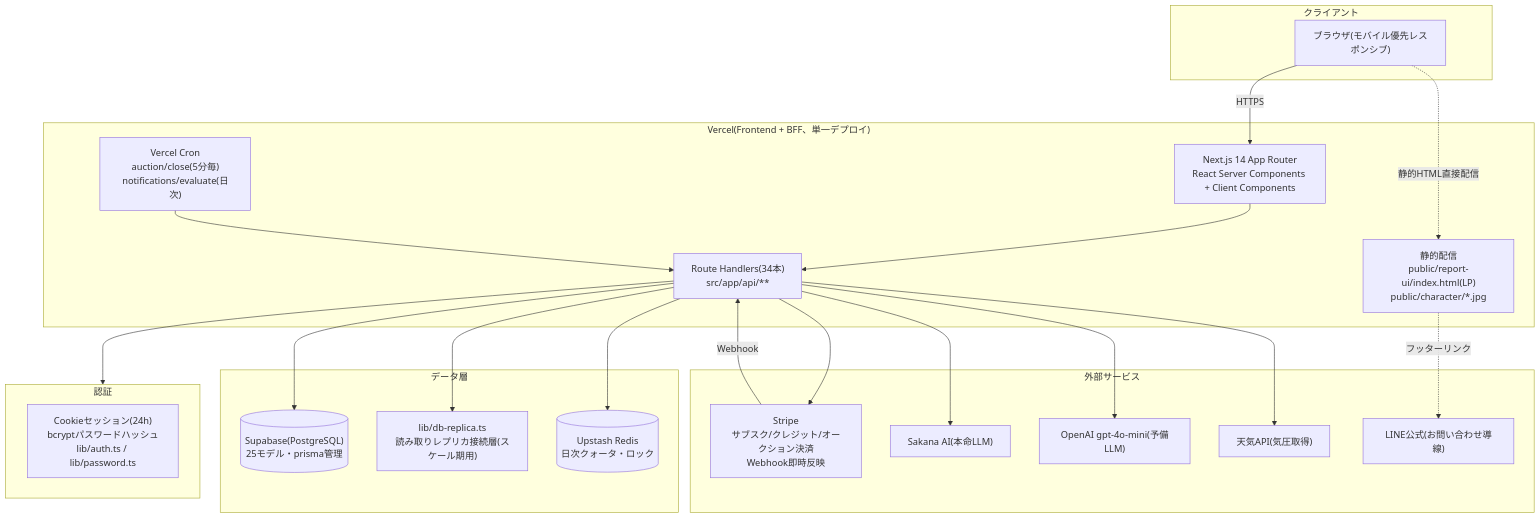
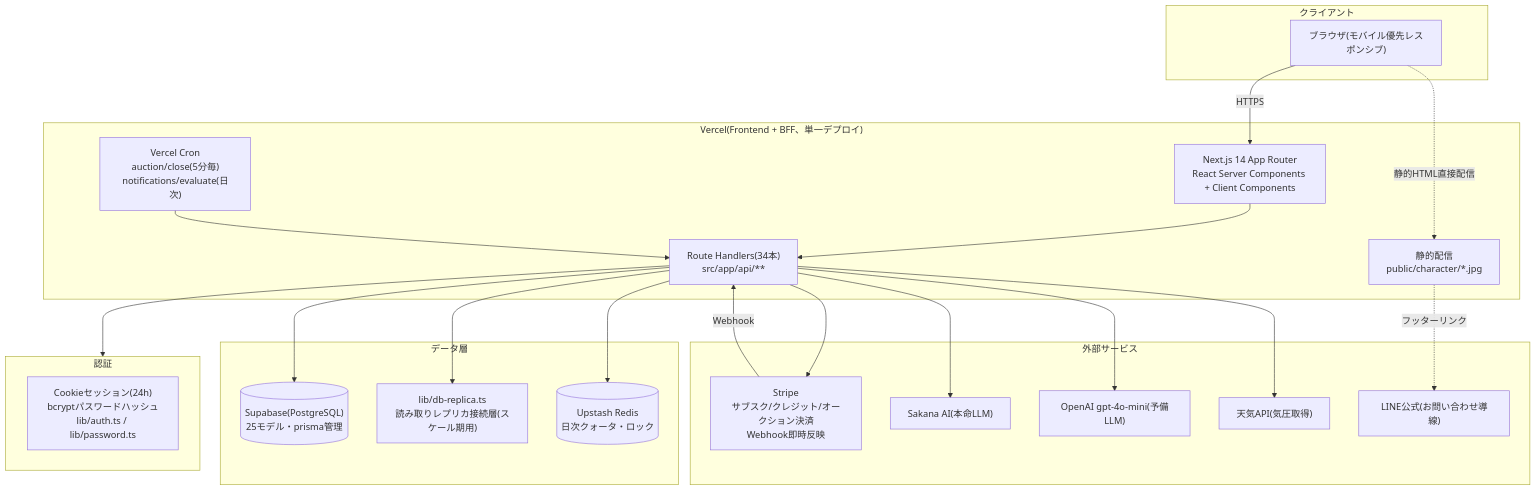
The fourth of 5 diagrams in docs/BLUEPRINT.md (samkaz15/fortune), drawn with Mermaid before and after one commit. The commit also changed other lines of this file and 11 other files, not shown here.

First line of the commit message:
LP(report-ui/index.html)と占い相談導線の完全廃止

````diff
--- a/docs/BLUEPRINT.md
+++ b/docs/BLUEPRINT.md
@@ -442,46 +435,46 @@
 ```mermaid
 flowchart TB
     subgraph Client["クライアント"]
         BROWSER["ブラウザ(モバイル優先レスポンシブ)"]
     end
 
     subgraph Vercel["Vercel(Frontend + BFF、単一デプロイ)"]
         NEXT["Next.js 14 App Router\nReact Server Components + Client Components"]
         API_ROUTES["Route Handlers(34本)\nsrc/app/api/**"]
-        STATIC["静的配信\npublic/report-ui/index.html(LP)\npublic/character/*.jpg"]
+        STATIC["静的配信\npublic/character/*.jpg"]
         CRON["Vercel Cron\nauction/close(5分毎)\nnotifications/evaluate(日次)"]
     end
 
     subgraph DataLayer["データ層"]
         SUPABASE[("Supabase(PostgreSQL)\n25モデル・prisma管理")]
         REPLICA["lib/db-replica.ts\n読み取りレプリカ接続層(スケール期用)"]
         REDIS[("Upstash Redis\n日次クォータ・ロック")]
     end
 
     subgraph External["外部サービス"]
         STRIPE["Stripe\nサブスク/クレジット/オークション決済\nWebhook即時反映"]
         SAKANA2["Sakana AI(本命LLM)"]
         OPENAI2["OpenAI gpt-4o-mini(予備LLM)"]
         WEATHER_API["天気API(気圧取得)"]
         LINE["LINE公式(お問い合わせ導線)"]
     end
 
     subgraph Auth["認証"]
         COOKIE["Cookieセッション(24h)\nbcryptパスワードハッシュ\nlib/auth.ts / lib/password.ts"]
     end
 
     BROWSER -->|HTTPS| NEXT
     NEXT --> API_ROUTES
     BROWSER -.->|静的HTML直接配信| STATIC
     API_ROUTES --> Auth
     API_ROUTES --> SUPABASE
     API_ROUTES --> REDIS
     API_ROUTES --> REPLICA
     API_ROUTES --> STRIPE
     API_ROUTES --> SAKANA2
     API_ROUTES --> OPENAI2
     API_ROUTES --> WEATHER_API
     STATIC -.->|フッターリンク| LINE
     CRON --> API_ROUTES
     STRIPE -->|Webhook| API_ROUTES
 ```
````
